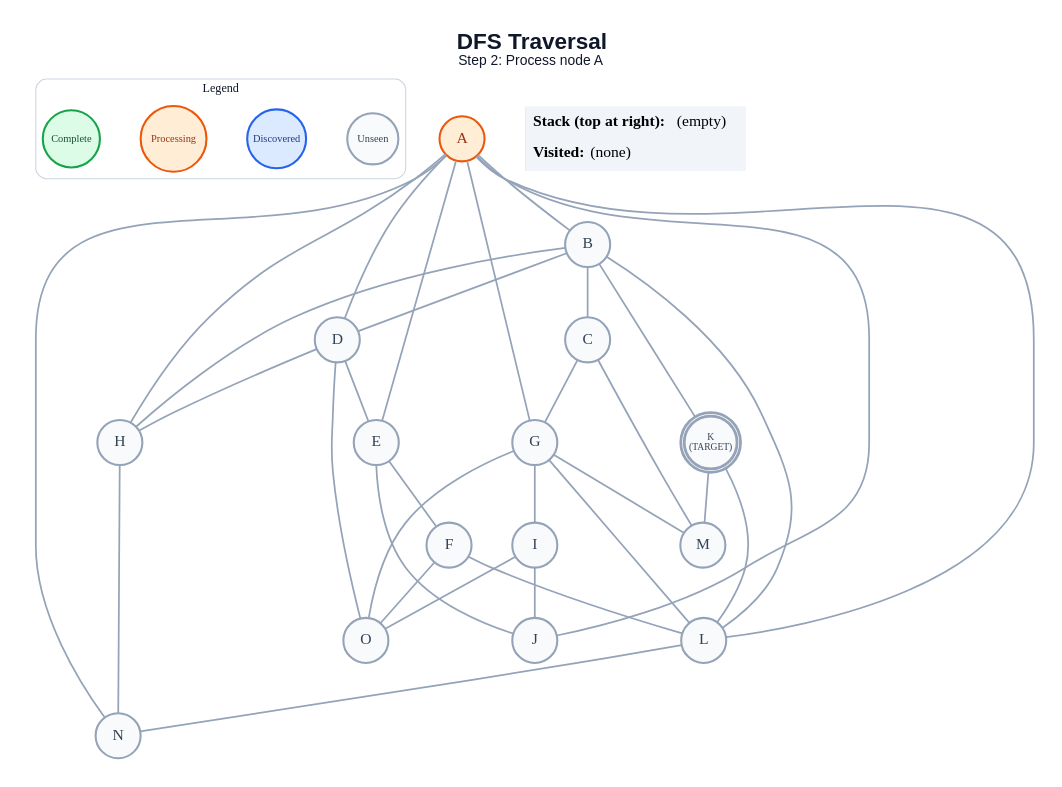
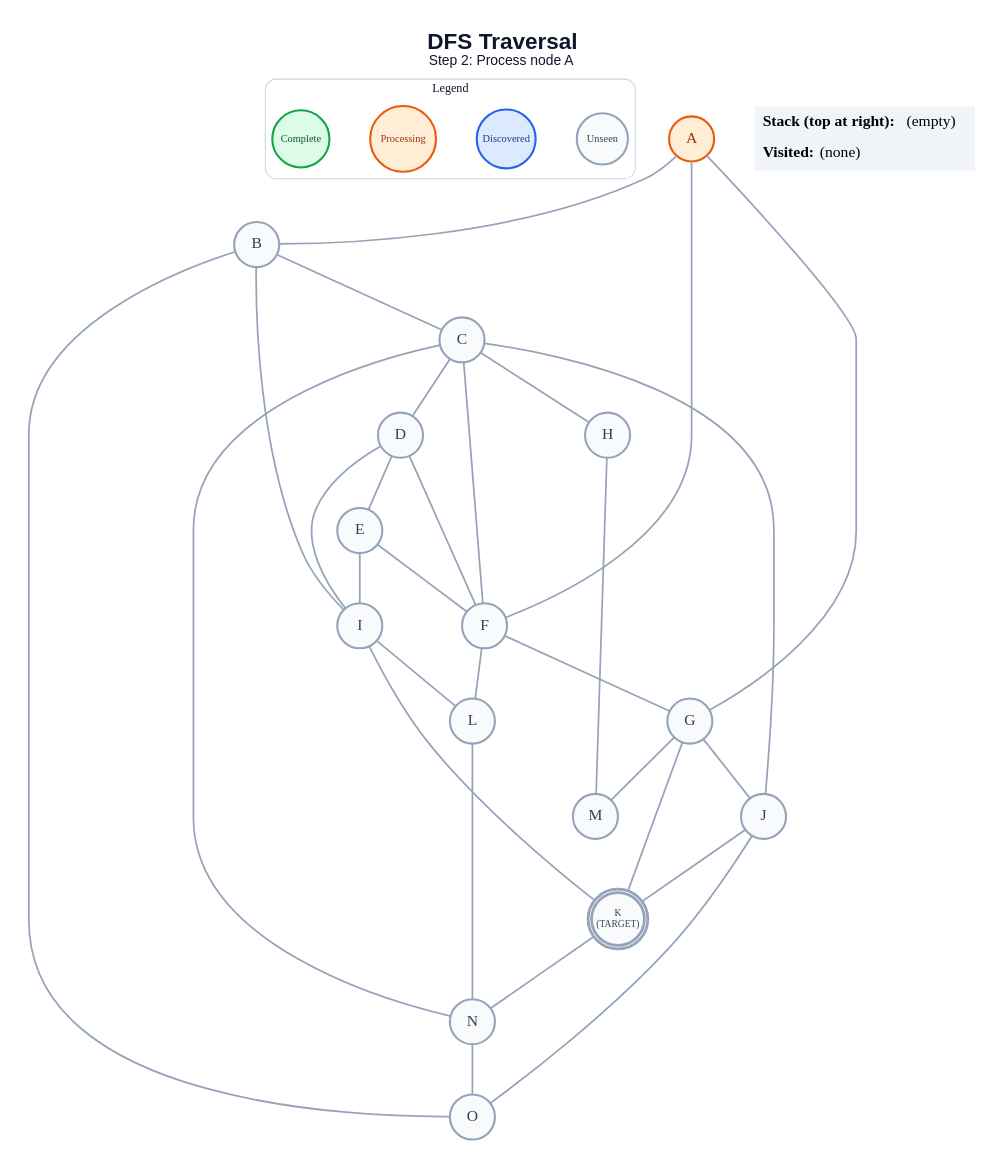
The diagram in generated/dfs/step_02.dot (anon7238593-create/ai-slop), drawn with Graphviz before and after one commit. The commit also changed 248 other files, not shown here.

```diff
--- a/generated/dfs/step_02.dot
+++ b/generated/dfs/step_02.dot
@@ -1,66 +1,63 @@
 graph traversal {
   graph [layout=dot, rankdir=TB, bgcolor="#FFFFFF", pad="0.35", nodesep="0.65", ranksep="0.8", fontname="Arial"];
   node [shape=circle, style="filled", fontname="Arial Bold", fontsize=18, width=0.72, fixedsize=true, penwidth=2.4];
   edge [color="#94A3B8", penwidth=2.0];
   label=<<B>DFS Traversal</B><BR/><FONT POINT-SIZE="16">Step 2: Process node A</FONT>>; labelloc="t"; fontsize=26; fontname="Arial"; fontcolor="#0F172A";
   subgraph cluster_legend { label="Legend"; color="#CBD5E1"; penwidth=1.2; style="rounded"; fontsize=14; fontname="Arial Bold";
     key_unseen [label="Unseen", fillcolor="#F8FAFC", color="#94A3B8", fontcolor="#334155", fontsize=12, width=0.82];
     key_frontier [label="Discovered", fillcolor="#DBEAFE", color="#2563EB", fontcolor="#1E3A8A", fontsize=12, width=0.95];
     key_current [label="Processing", fillcolor="#FFEDD5", color="#EA580C", fontcolor="#9A3412", fontsize=12, width=1.05];
     key_done [label="Complete", fillcolor="#DCFCE7", color="#16A34A", fontcolor="#14532D", fontsize=12, width=0.92];
     { rank=same; key_unseen; key_frontier; key_current; key_done; }
   }
   A [label="A", fillcolor="#FFEDD5", color="#EA580C", fontcolor="#9A3412", peripheries=1, penwidth=2.4];
   B [label="B", fillcolor="#F8FAFC", color="#94A3B8", fontcolor="#334155", peripheries=1, penwidth=2.4];
   C [label="C", fillcolor="#F8FAFC", color="#94A3B8", fontcolor="#334155", peripheries=1, penwidth=2.4];
   D [label="D", fillcolor="#F8FAFC", color="#94A3B8", fontcolor="#334155", peripheries=1, penwidth=2.4];
   E [label="E", fillcolor="#F8FAFC", color="#94A3B8", fontcolor="#334155", peripheries=1, penwidth=2.4];
   F [label="F", fillcolor="#F8FAFC", color="#94A3B8", fontcolor="#334155", peripheries=1, penwidth=2.4];
   G [label="G", fillcolor="#F8FAFC", color="#94A3B8", fontcolor="#334155", peripheries=1, penwidth=2.4];
   H [label="H", fillcolor="#F8FAFC", color="#94A3B8", fontcolor="#334155", peripheries=1, penwidth=2.4];
   I [label="I", fillcolor="#F8FAFC", color="#94A3B8", fontcolor="#334155", peripheries=1, penwidth=2.4];
   J [label="J", fillcolor="#F8FAFC", color="#94A3B8", fontcolor="#334155", peripheries=1, penwidth=2.4];
   K [label="K\n(TARGET)", fillcolor="#F8FAFC", color="#94A3B8", fontcolor="#334155", peripheries=2, penwidth=3.2, fontsize=11, width=0.85, height=0.85];
   L [label="L", fillcolor="#F8FAFC", color="#94A3B8", fontcolor="#334155", peripheries=1, penwidth=2.4];
   M [label="M", fillcolor="#F8FAFC", color="#94A3B8", fontcolor="#334155", peripheries=1, penwidth=2.4];
   N [label="N", fillcolor="#F8FAFC", color="#94A3B8", fontcolor="#334155", peripheries=1, penwidth=2.4];
   O [label="O", fillcolor="#F8FAFC", color="#94A3B8", fontcolor="#334155", peripheries=1, penwidth=2.4];
   A -- B;
-  A -- D;
-  A -- E;
+  A -- F;
   A -- G;
-  A -- H;
-  A -- J;
-  A -- L;
-  A -- N;
   B -- C;
-  B -- D;
-  B -- H;
-  B -- K;
-  B -- L;
-  C -- G;
-  C -- M;
+  B -- I;
+  B -- O;
+  C -- D;
+  C -- F;
+  C -- H;
+  C -- J;
+  C -- N;
   D -- E;
-  D -- H;
-  D -- O;
+  D -- F;
+  D -- I;
   E -- F;
-  E -- J;
+  E -- I;
+  F -- G;
   F -- L;
-  F -- O;
-  G -- I;
-  G -- L;
+  G -- J;
+  G -- K;
   G -- M;
-  G -- O;
-  H -- N;
-  I -- J;
-  I -- O;
-  K -- L;
-  K -- M;
+  H -- M;
+  I -- K;
+  I -- L;
+  J -- K;
+  J -- O;
+  K -- N;
   L -- N;
+  N -- O;
   status [shape=plain, fixedsize=false, width=0, height=0, margin=0, label=<
     <TABLE BORDER="0" CELLBORDER="0" CELLPADDING="7" BGCOLOR="#F1F5F9">
       <TR><TD ALIGN="LEFT"><B>Stack (top at right):</B> (empty)</TD></TR>
       <TR><TD ALIGN="LEFT"><B>Visited:</B> (none)</TD></TR>
     </TABLE>
   >];
 }
```
